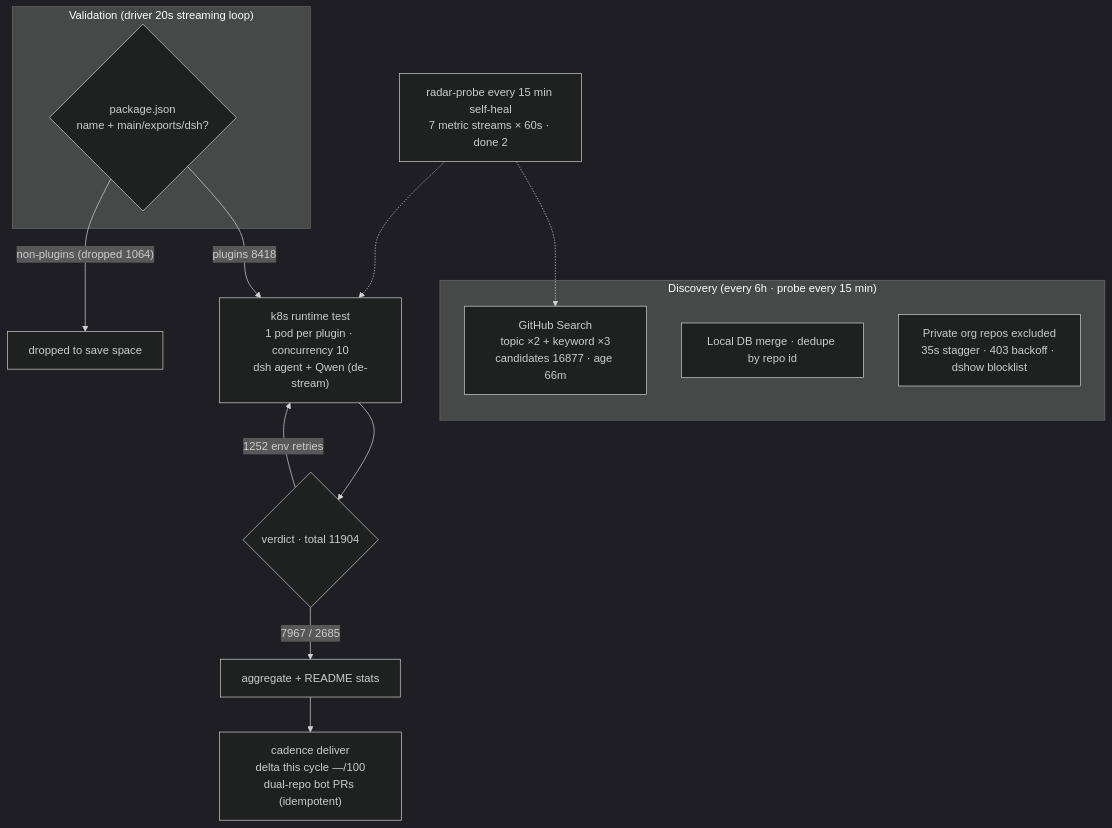
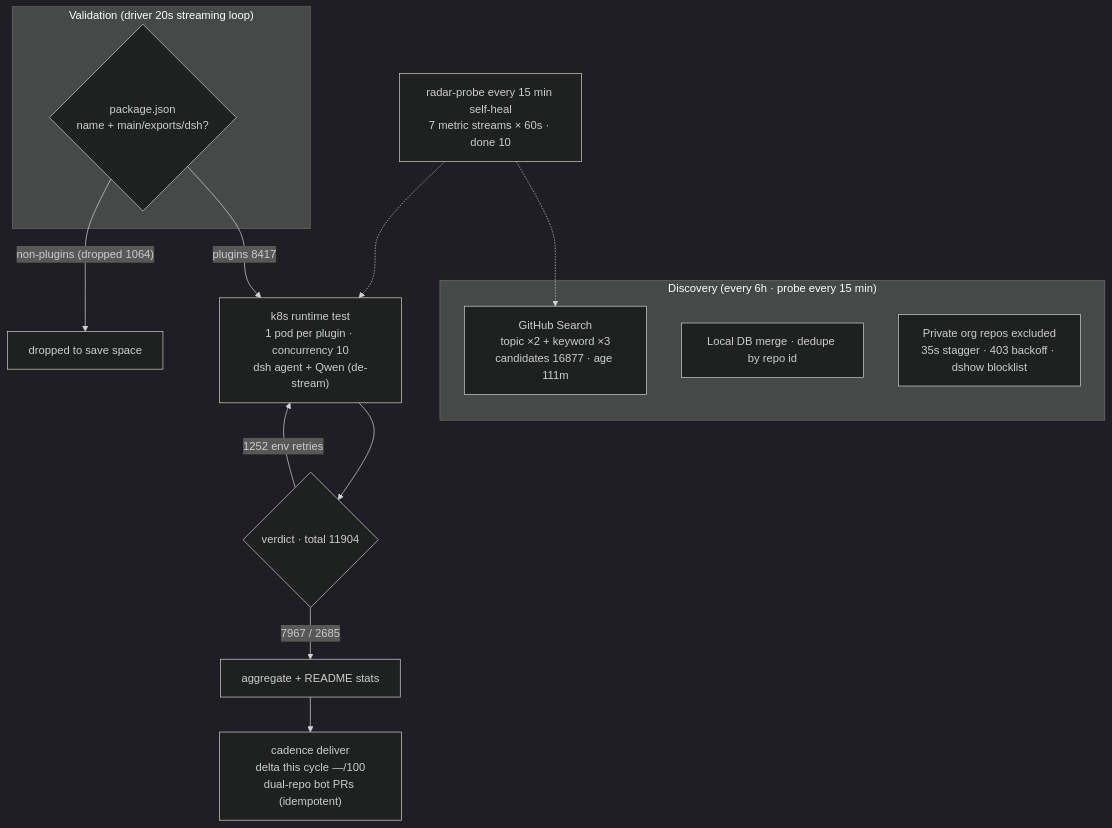
Before and after one commit to AdamPlatin123/awesome-dsh-plugins: the diagram in README.en-US.md, drawn with Mermaid (dark theme). The commit also changed other lines of this file and 5 other files, not shown here.

````diff
--- a/README.en-US.md
+++ b/README.en-US.md
@@ -45,20 +45,20 @@
 ```mermaid
 flowchart TB
     subgraph Discovery["Discovery (every 6h · probe every 15 min)"]
-        A1["GitHub Search<br/>topic ×2 + keyword ×3<br/>candidates 16877 · age 66m"]
+        A1["GitHub Search<br/>topic ×2 + keyword ×3<br/>candidates 16877 · age 111m"]
         A2["Local DB merge · dedupe by repo id"]
         A3["Private org repos excluded<br/>35s stagger · 403 backoff · dshow blocklist"]
     end
     subgraph Validation["Validation (driver 20s streaming loop)"]
         B1{"package.json<br/>name + main/exports/dsh?"}
     end
-    B1 -->|"plugins 8418"| C1["k8s runtime test<br/>1 pod per plugin · concurrency 10<br/>dsh agent + Qwen (de-stream)"]
+    B1 -->|"plugins 8417"| C1["k8s runtime test<br/>1 pod per plugin · concurrency 10<br/>dsh agent + Qwen (de-stream)"]
     B1 -->|"non-plugins (dropped 1064)"| B3["dropped to save space"]
     C1 --> D1{"verdict · total 11904"}
     D1 -->|"7967 / 2685"| E1["aggregate + README stats"]
     D1 -->|"1252 env retries"| C1
     E1 --> E2["cadence deliver<br/>delta this cycle —/100<br/>dual-repo bot PRs (idempotent)"]
-    M["radar-probe every 15 min self-heal<br/>7 metric streams × 60s · done 2"]
+    M["radar-probe every 15 min self-heal<br/>7 metric streams × 60s · done 10"]
     M -.-> A1
     M -.-> C1
 ```
````
